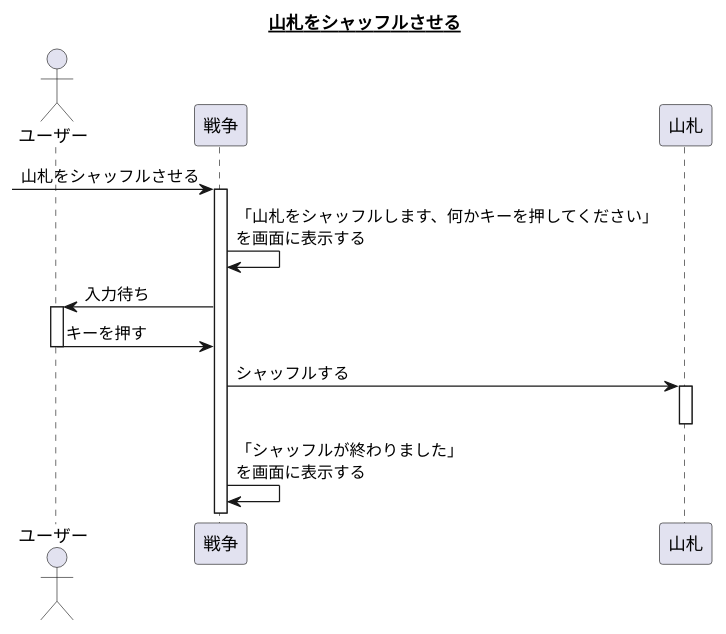
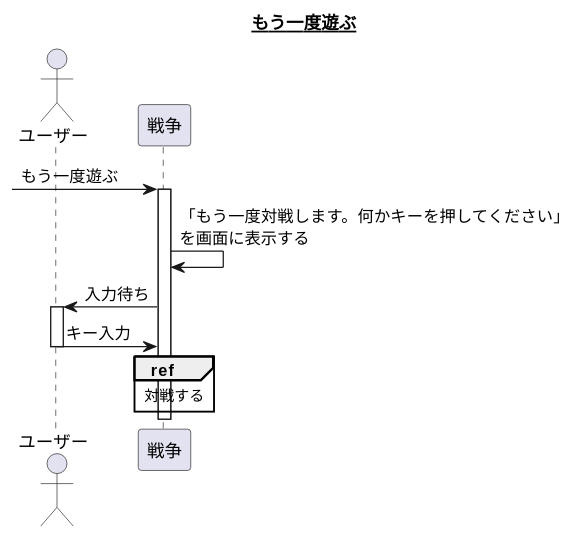
Before and after one commit to hachimitu22/study: the fourth of 5 diagrams in uml/CardGame/doc/design/sequence.md, drawn with PlantUML. The commit also changed other lines of this file and 1 other file, not shown here.

Commit message:
シーケンス図を連続して遊べるように変更

````diff
--- a/uml/CardGame/doc/design/sequence.md
+++ b/uml/CardGame/doc/design/sequence.md
@@ -129,24 +170,22 @@
 ```plantuml
 @startuml
 
-title __山札をシャッフルさせる__
+title __もう一度遊ぶ__
 
 actor ユーザー
 
-[-> 戦争 : 山札をシャッフルさせる
+[-> 戦争 : もう一度遊ぶ
+
 activate 戦争
-
-戦争 -> 戦争 : 「山札をシャッフルします、何かキーを押してください」\nを画面に表示する
+戦争 -> 戦争 : 「もう一度対戦します。何かキーを押してください」\nを画面に表示する
 ユーザー <- 戦争 : 入力待ち
 activate ユーザー
-ユーザー -> 戦争 : キーを押す
+ユーザー -> 戦争 : キー入力
 deactivate ユーザー
 
-戦争 -> 山札 : シャッフルする
-activate 山札
-deactivate 山札
-
-戦争 -> 戦争 : 「シャッフルが終わりました」\nを画面に表示する
+ref over 戦争
+  対戦する
+end
 
 @enduml
 ```
````
